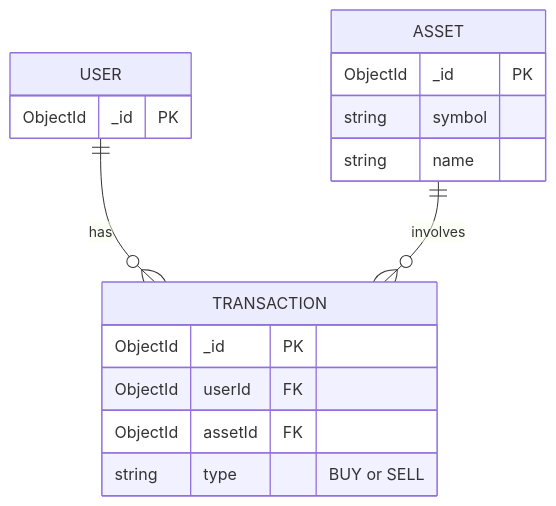
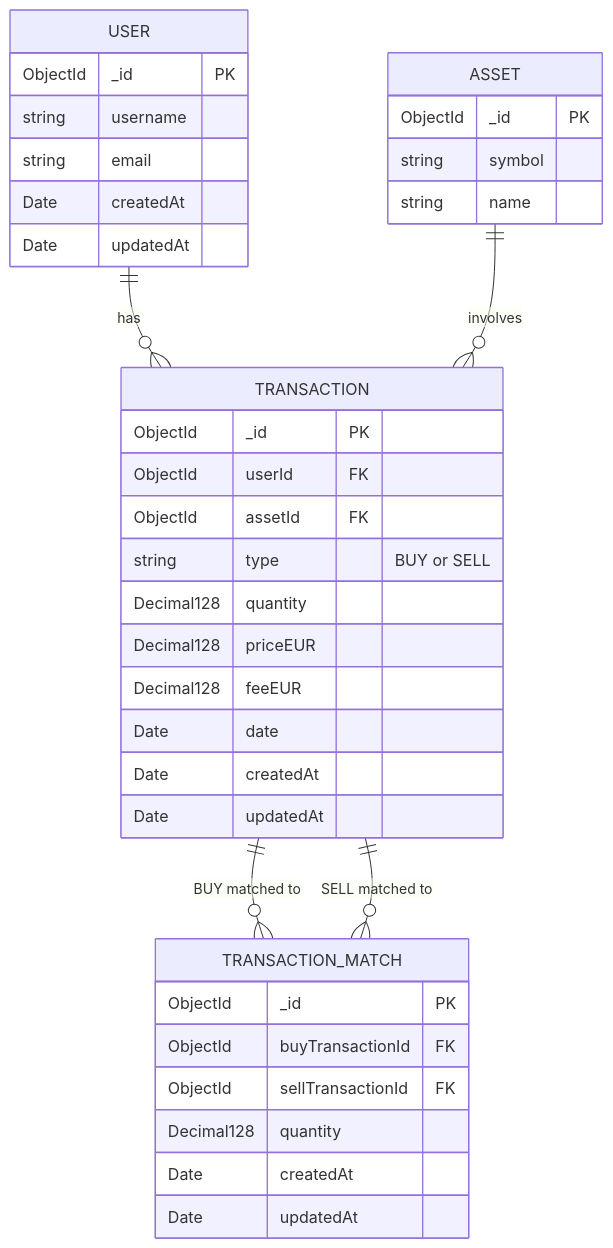
Before and after one commit to id-Roca/Crypto-Portfolio-API: the diagram in roadmap.md, drawn with Mermaid. The commit also changed other lines of this file and 44 other files, not shown here.

````diff
--- a/roadmap.md
+++ b/roadmap.md
@@ -112,22 +110,43 @@
 ```mermaid
 erDiagram
     USER ||--o{ TRANSACTION : has
     ASSET ||--o{ TRANSACTION : involves
+    TRANSACTION ||--o{ TRANSACTION_MATCH : "BUY matched to"
+    TRANSACTION ||--o{ TRANSACTION_MATCH : "SELL matched to"
 
     USER {
         ObjectId _id PK
+        string username
+        string email
+        Date createdAt
+        Date updatedAt
     }
 
     ASSET {
         ObjectId _id PK
         string symbol
         string name
     }
 
     TRANSACTION {
         ObjectId _id PK
         ObjectId userId FK
         ObjectId assetId FK
         string type "BUY or SELL"
+        Decimal128 quantity
+        Decimal128 priceEUR
+        Decimal128 feeEUR
+        Date date
+        Date createdAt
+        Date updatedAt
+    }
+
+    TRANSACTION_MATCH {
+        ObjectId _id PK
+        ObjectId buyTransactionId FK
+        ObjectId sellTransactionId FK
+        Decimal128 quantity
+        Date createdAt
+        Date updatedAt
     }
 ```
````
